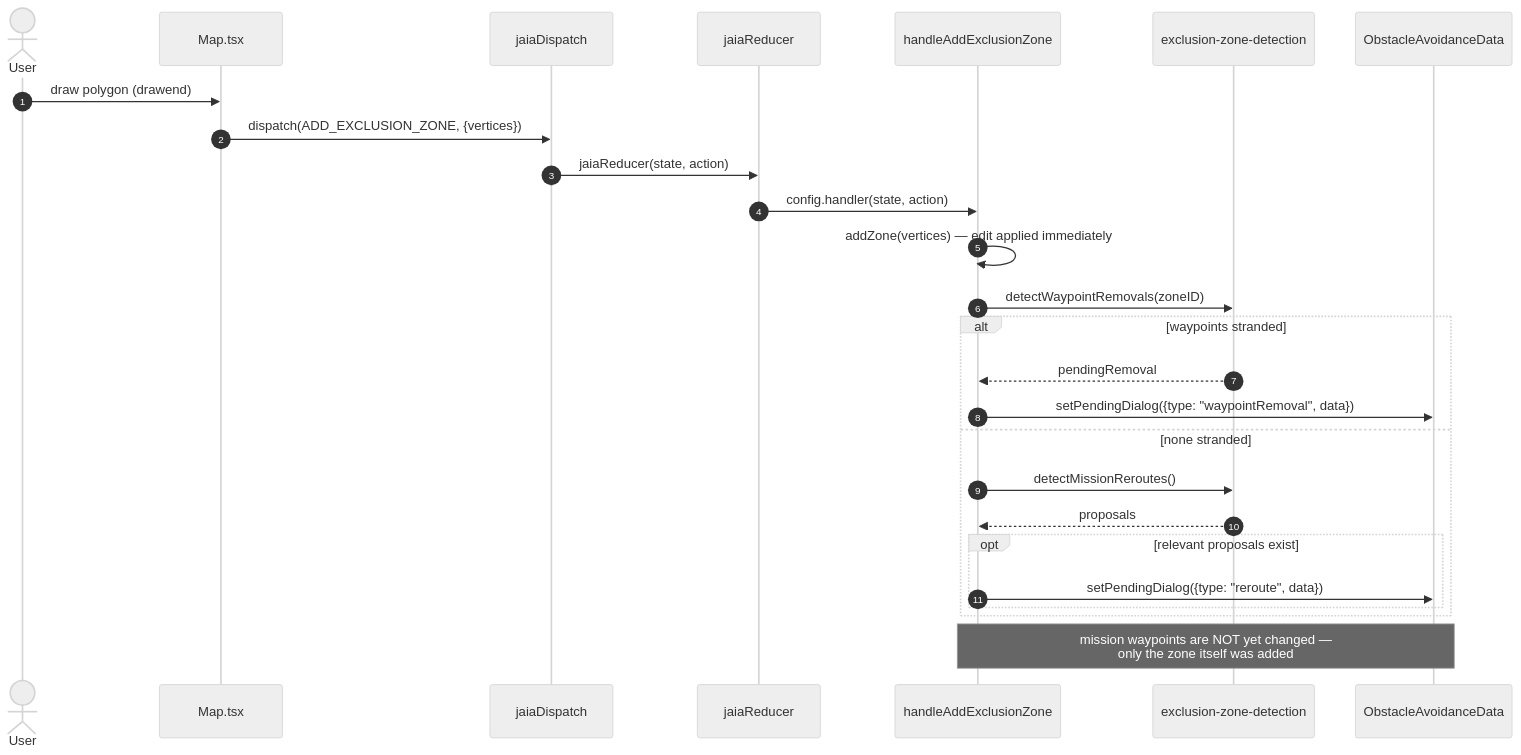
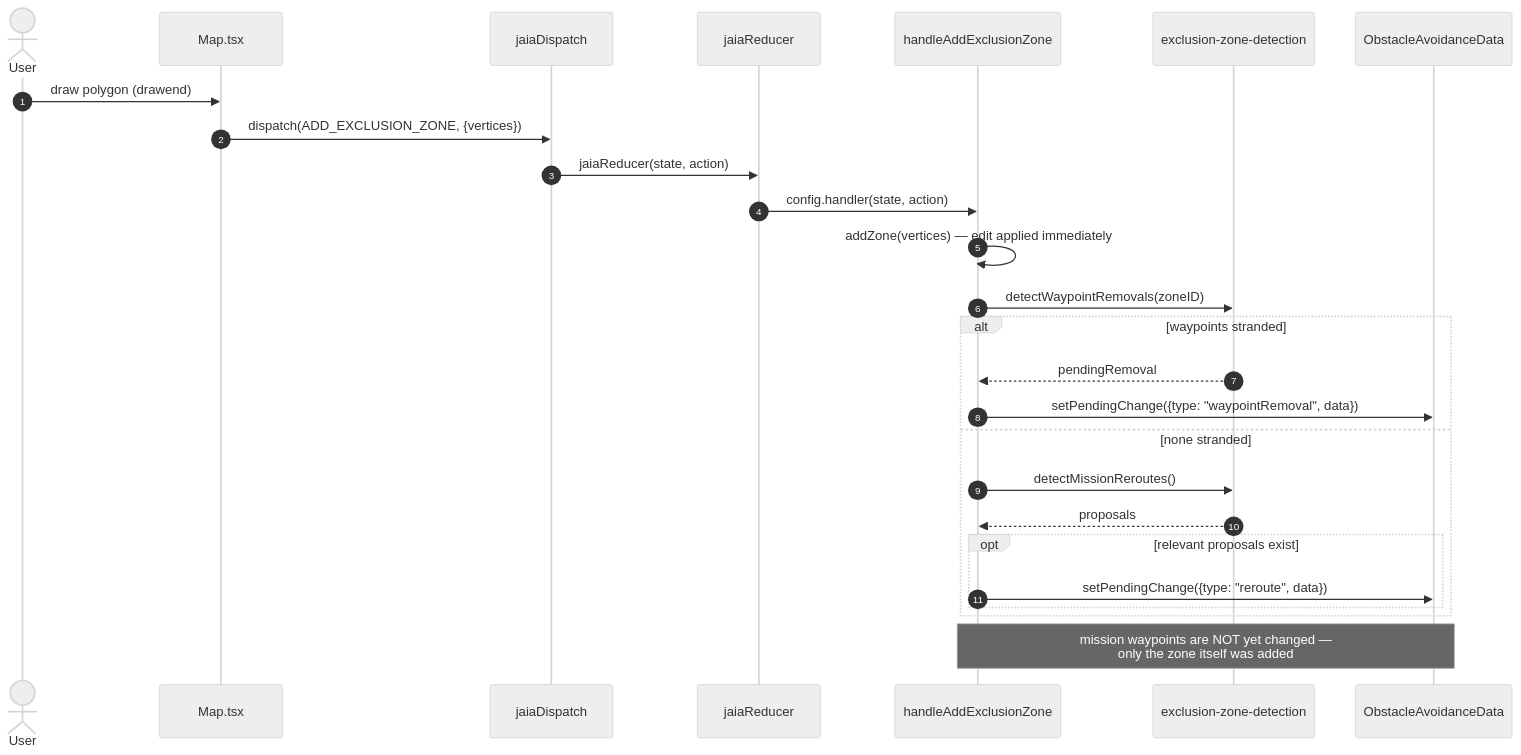
The second of 3 diagrams in src/web/components/ObstacleAvoidanceDialogs/docs/EVENT_STREAMS.md (jaiarobotics/jaiabot), drawn with Mermaid (neutral theme) before and after one commit. The commit also changed other lines of this file and 2 other files, not shown here.

Commit message:
simplify pending change type, update sequence diagrams

````diff
--- a/src/web/components/ObstacleAvoidanceDialogs/docs/EVENT_STREAMS.md
+++ b/src/web/components/ObstacleAvoidanceDialogs/docs/EVENT_STREAMS.md
@@ -118,29 +118,29 @@
 ```mermaid
 sequenceDiagram
     autonumber
     actor U as User
     participant Map as Map.tsx
     participant Ctx as jaiaDispatch
     participant Reducer as jaiaReducer
     participant Handler as handleAddExclusionZone
     participant Detect as exclusion-zone-detection
     participant Data as ObstacleAvoidanceData
 
     U->>Map: draw polygon (drawend)
     Map->>Ctx: dispatch(ADD_EXCLUSION_ZONE, {vertices})
     Ctx->>Reducer: jaiaReducer(state, action)
     Reducer->>Handler: config.handler(state, action)
     Handler->>Handler: addZone(vertices) — edit applied immediately
     Handler->>Detect: detectWaypointRemovals(zoneID)
     alt waypoints stranded
         Detect-->>Handler: pendingRemoval
-        Handler->>Data: setPendingDialog({type: "waypointRemoval", data})
+        Handler->>Data: setPendingChange({type: "waypointRemoval", data})
     else none stranded
         Handler->>Detect: detectMissionReroutes()
         Detect-->>Handler: proposals
         opt relevant proposals exist
-            Handler->>Data: setPendingDialog({type: "reroute", data})
+            Handler->>Data: setPendingChange({type: "reroute", data})
         end
     end
     Note over Handler,Data: mission waypoints are NOT yet changed —<br/>only the zone itself was added
 ```
````
